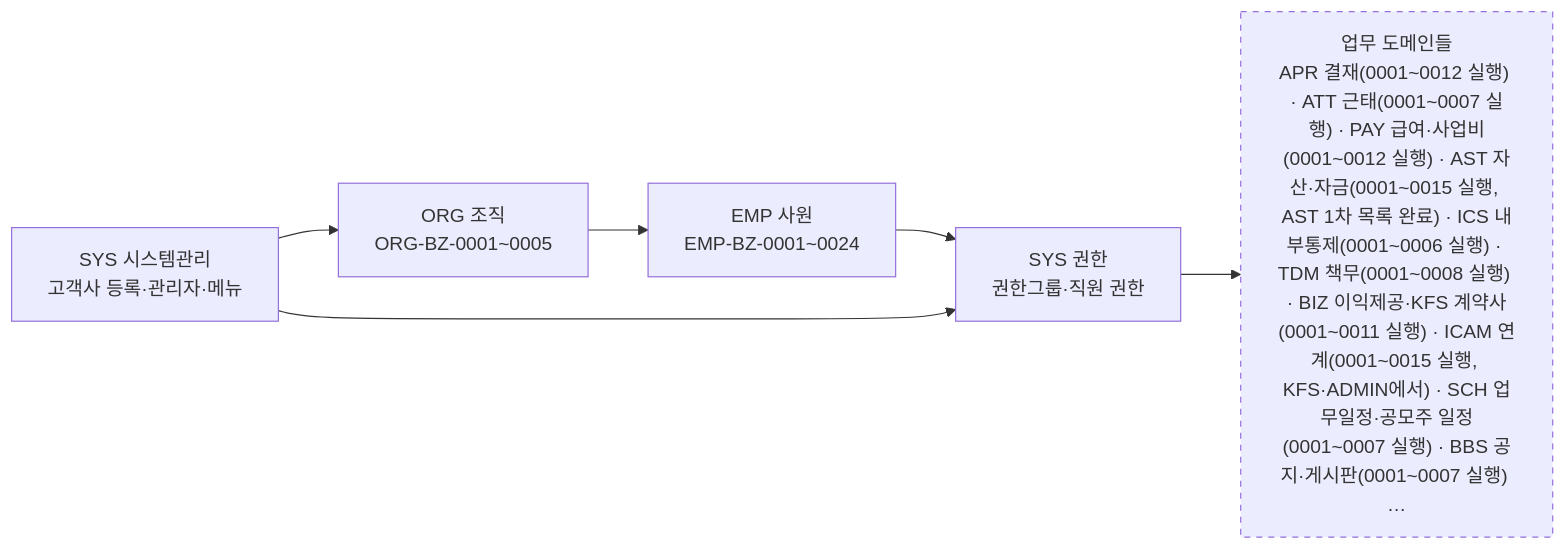
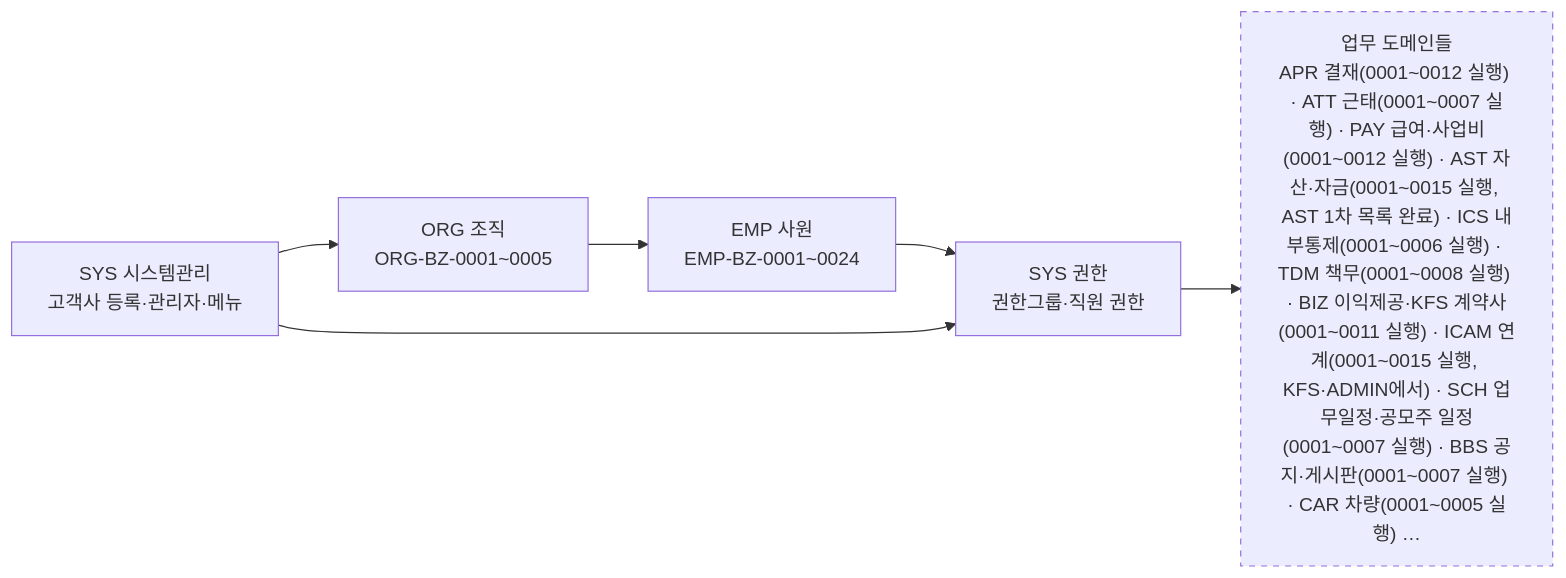
The diagram in AssetERP/docs/2-업무분석/biz-event/00-도메인Map.md (KimDoYoung/framework-sprt), drawn with Mermaid before and after one commit. The commit also changed 8 other files, not shown here.

````diff
--- a/AssetERP/docs/2-업무분석/biz-event/00-도메인Map.md
+++ b/AssetERP/docs/2-업무분석/biz-event/00-도메인Map.md
@@ -6,14 +6,14 @@
 ```mermaid
 flowchart LR
     SYS["SYS 시스템관리<br/>고객사 등록·관리자·메뉴"]
     ORG["ORG 조직<br/>ORG-BZ-0001~0005"]
     EMP["EMP 사원<br/>EMP-BZ-0001~0024"]
     AUTH["SYS 권한<br/>권한그룹·직원 권한"]
-    WORK["업무 도메인들<br/>APR 결재(0001~0012 실행) · ATT 근태(0001~0007 실행) · PAY 급여·사업비(0001~0012 실행) · AST 자산·자금(0001~0015 실행, AST 1차 목록 완료) · ICS 내부통제(0001~0006 실행) · TDM 책무(0001~0008 실행) · BIZ 이익제공·KFS 계약사(0001~0011 실행) · ICAM 연계(0001~0015 실행, KFS·ADMIN에서) · SCH 업무일정·공모주 일정(0001~0007 실행) · BBS 공지·게시판(0001~0007 실행) …"]
+    WORK["업무 도메인들<br/>APR 결재(0001~0012 실행) · ATT 근태(0001~0007 실행) · PAY 급여·사업비(0001~0012 실행) · AST 자산·자금(0001~0015 실행, AST 1차 목록 완료) · ICS 내부통제(0001~0006 실행) · TDM 책무(0001~0008 실행) · BIZ 이익제공·KFS 계약사(0001~0011 실행) · ICAM 연계(0001~0015 실행, KFS·ADMIN에서) · SCH 업무일정·공모주 일정(0001~0007 실행) · BBS 공지·게시판(0001~0007 실행) · CAR 차량(0001~0005 실행) …"]
 
     SYS --> ORG --> EMP --> AUTH --> WORK
     SYS --> AUTH
 
     classDef todo stroke-dasharray: 5 5
     class WORK todo
 ```
````
